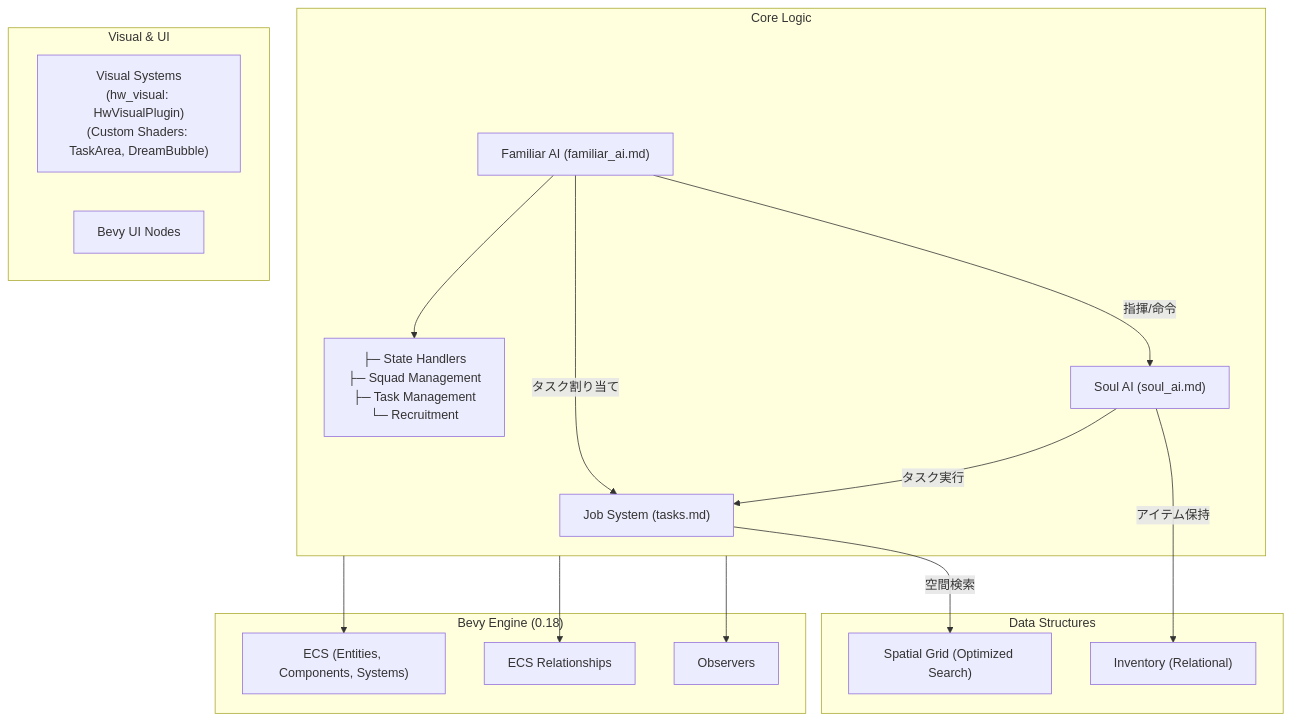
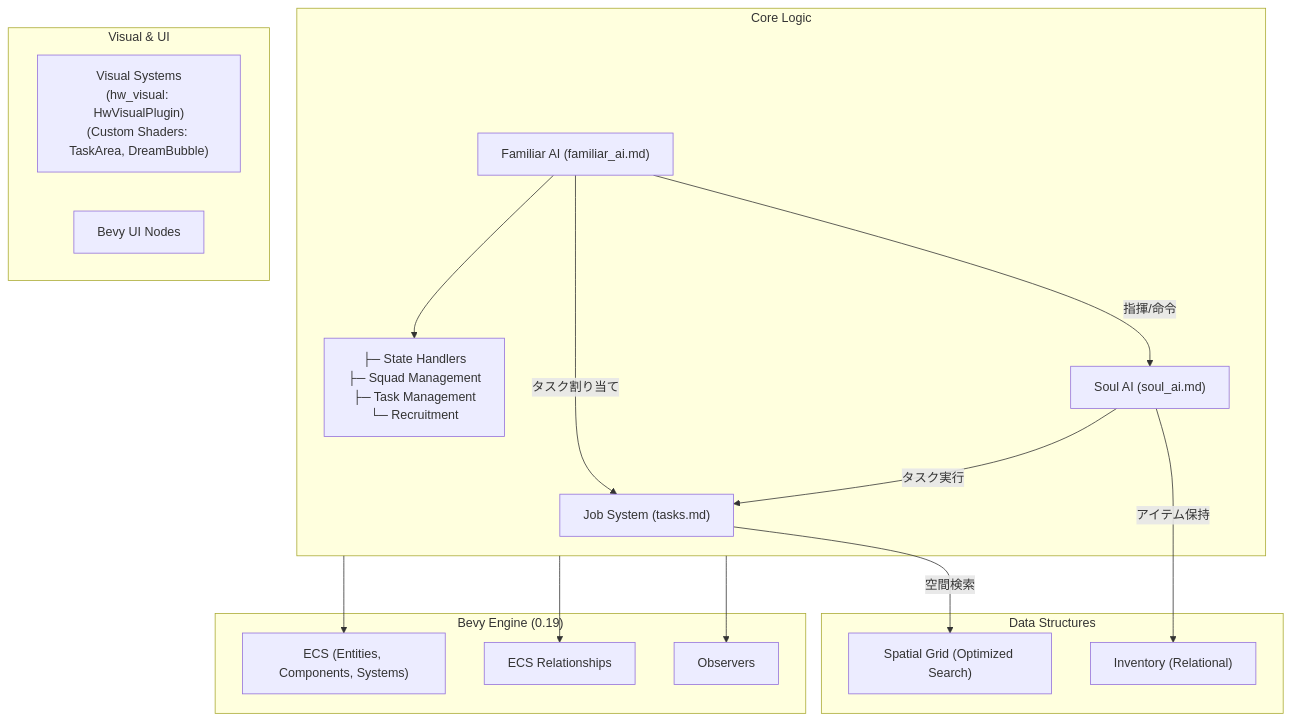
One commit to iaammssssstupiddddd-commits/hell-workers changed the diagram in docs/architecture.md. Above: the diagram before and after it, drawn with Mermaid. The commit also changed other lines of this file and 76 other files, not shown here.

````diff
--- a/docs/architecture.md
+++ b/docs/architecture.md
@@ -7,39 +7,39 @@
 ```mermaid
 graph TD
-    subgraph Engine["Bevy Engine (0.18)"]
+    subgraph Engine["Bevy Engine (0.19)"]
         ECS["ECS (Entities, Components, Systems)"]
         Rel["ECS Relationships"]
         Obs["Observers"]
     end
 
     subgraph Core["Core Logic"]
         Jobs["Job System (tasks.md)"]
         F_AI["Familiar AI (familiar_ai.md)"]
         F_AI_Sub["├─ State Handlers<br/>├─ Squad Management<br/>├─ Task Management<br/>└─ Recruitment"]
         S_AI["Soul AI (soul_ai.md)"]
     end
     
     F_AI --> F_AI_Sub
 
     subgraph Data["Data Structures"]
         Grid["Spatial Grid (Optimized Search)"]
         Inventory["Inventory (Relational)"]
     end
 
     subgraph View["Visual & UI"]
         Visual["Visual Systems<br/>(hw_visual: HwVisualPlugin)<br/>(Custom Shaders: TaskArea, DreamBubble)"]
         UI["Bevy UI Nodes"]
     end
 
     %% Relationships
     F_AI -->|指揮/命令| S_AI
     F_AI -->|タスク割り当て| Jobs
     S_AI -->|タスク実行| Jobs
     Jobs -->|空間検索| Grid
     S_AI -->|アイテム保持| Inventory
     
     %% Engine Integration
     Core --> ECS
     Core --> Rel
     Core --> Obs
 ```
````
